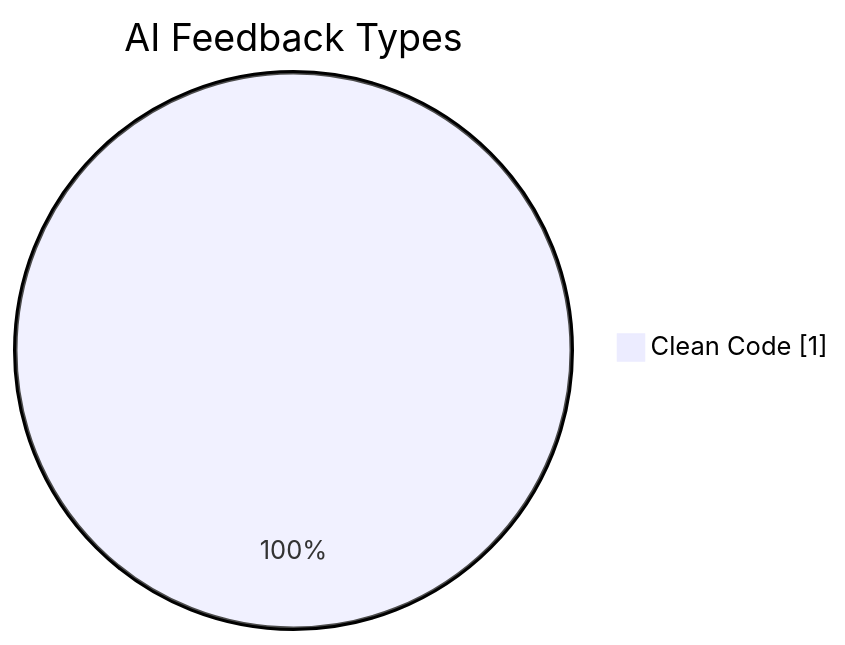
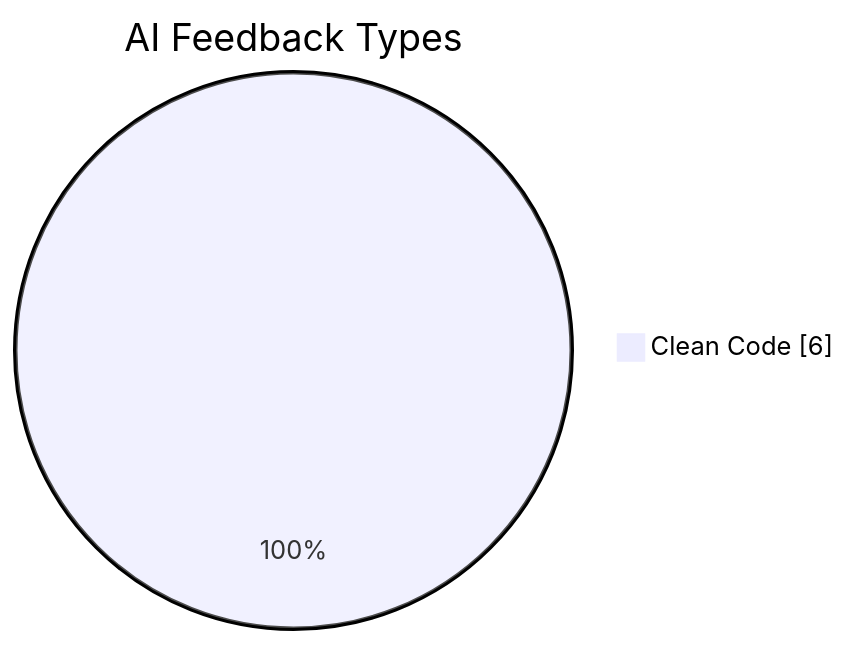
One commit to JakubPawinski/gitcode-solutions changed the fourth of 6 diagrams in README.md. Above: the diagram before and after it, drawn with Mermaid. The commit also changed other lines of this file, not shown here.

````diff
--- a/README.md
+++ b/README.md
@@ -162,5 +164,5 @@
 ```mermaid
 pie showData
     title AI Feedback Types
-    "Clean Code" : 1
+    "Clean Code" : 6
 ```
````
